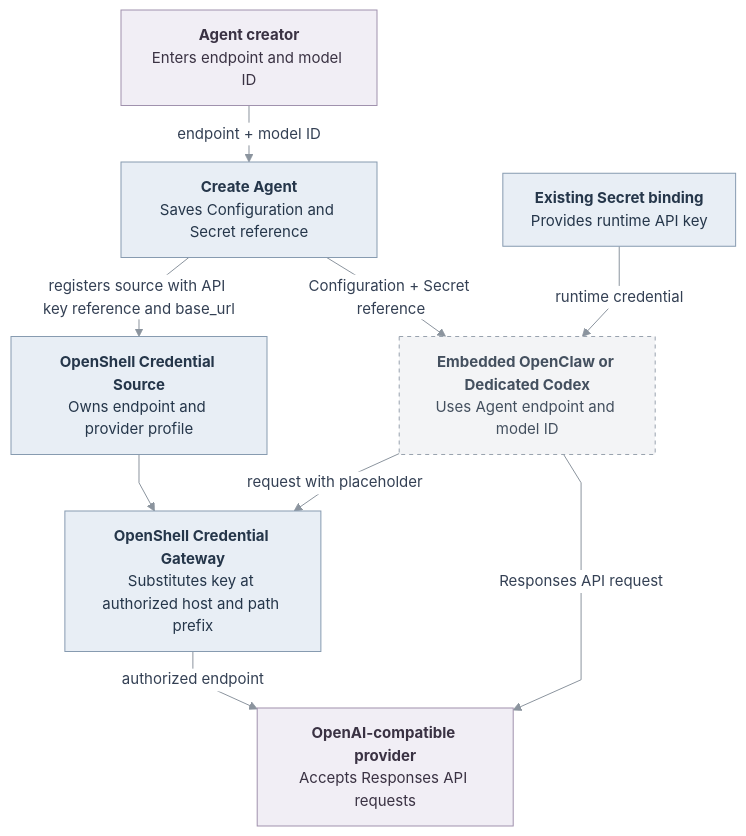
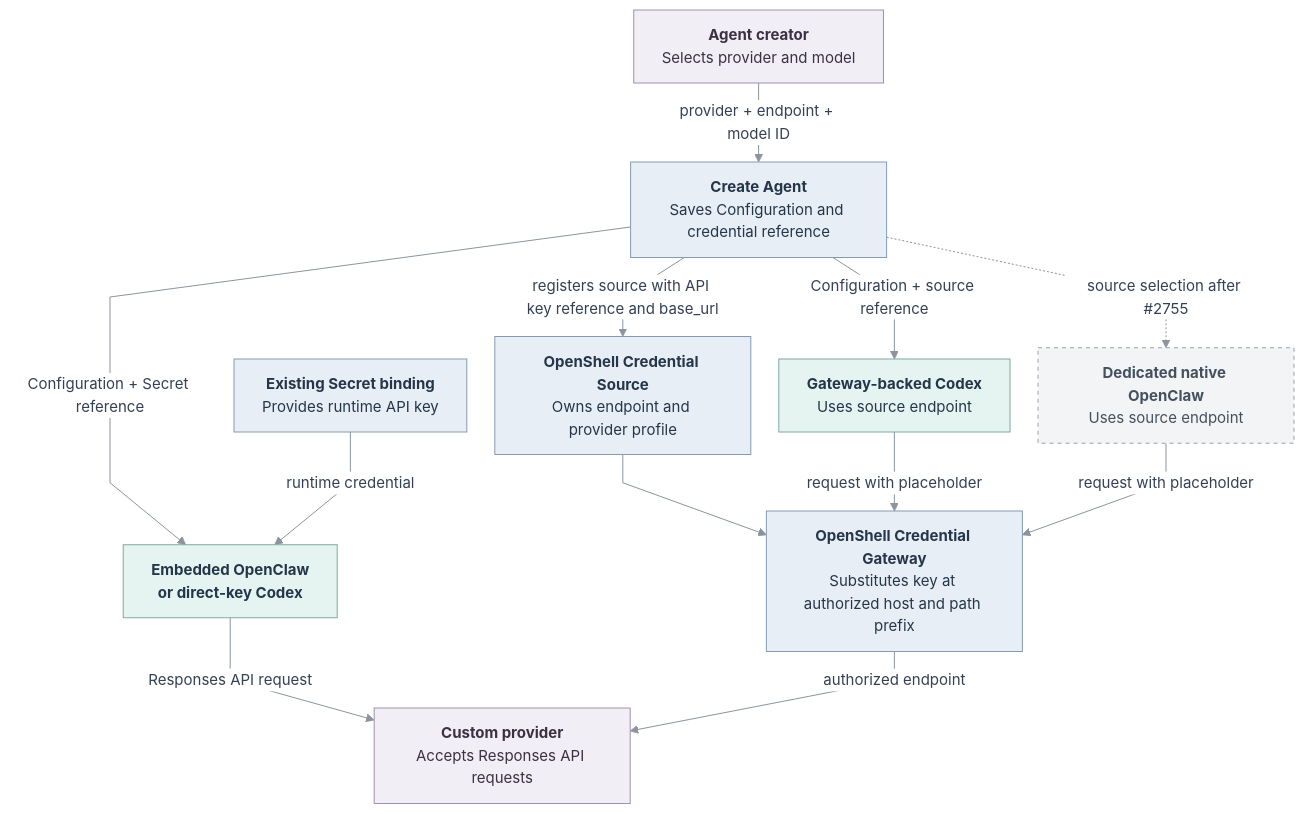
The diagram in specs/rfcs/0024-openai-compatible-model-endpoints.md (cooktheryan/openclaw-enterprise), drawn with Mermaid before and after one commit. The commit also changed other lines of this file and 2 other files, not shown here.

Commit message:
docs(rfc): separate custom Responses providers

````diff
--- a/specs/rfcs/0024-openai-compatible-model-endpoints.md
+++ b/specs/rfcs/0024-openai-compatible-model-endpoints.md
@@ -100,40 +102,47 @@
 ```mermaid
 ---
 config:
   theme: base
   htmlLabels: true
   themeVariables:
     fontSize: 15px
     primaryTextColor: "#344054"
     lineColor: "#8B949E"
     edgeLabelBackground: "#FFFFFF"
   flowchart:
     curve: linear
     nodeSpacing: 28
     rankSpacing: 34
     padding: 14
 ---
 flowchart TB
-  User["<b>Agent creator</b><br/>Enters endpoint and model ID"]
-  Console["<b>Create Agent</b><br/>Saves Configuration and Secret reference"]
-  Runtime["<b>Embedded OpenClaw or Dedicated Codex</b><br/>Uses Agent endpoint and model ID"]
+  User["<b>Agent creator</b><br/>Selects provider and model"]
+  Console["<b>Create Agent</b><br/>Saves Configuration and credential reference"]
+  DirectRuntime["<b>Embedded OpenClaw<br/>or direct-key Codex</b>"]
+  GatewayCodex["<b>Gateway-backed Codex</b><br/>Uses source endpoint"]
+  NativeRuntime["<b>Dedicated native OpenClaw</b><br/>Uses source endpoint"]
   Secret["<b>Existing Secret binding</b><br/>Provides runtime API key"]
   Source["<b>OpenShell Credential Source</b><br/>Owns endpoint and provider profile"]
   Gateway["<b>OpenShell Credential Gateway</b><br/>Substitutes key at authorized host and path prefix"]
-  Provider["<b>OpenAI-compatible provider</b><br/>Accepts Responses API requests"]
-  User -->|endpoint + model ID| Console
-  Console -->|Configuration + Secret reference| Runtime
-  Secret -->|runtime credential| Runtime
-  Runtime -->|Responses API request| Provider
+  Provider["<b>Custom provider</b><br/>Accepts Responses API requests"]
+  User -->|provider + endpoint + model ID| Console
+  Console -->|Configuration + Secret reference| DirectRuntime
+  Console -->|Configuration + source reference| GatewayCodex
+  Console -.->|source selection after #2755| NativeRuntime
+  Secret -->|runtime credential| DirectRuntime
   Console -->|registers source with API key reference and base_url| Source
   Source --> Gateway
-  Runtime -->|request with placeholder| Gateway
+  GatewayCodex -->|request with placeholder| Gateway
+  NativeRuntime -->|request with placeholder| Gateway
+  DirectRuntime -->|Responses API request| Provider
   Gateway -->|authorized endpoint| Provider
   classDef actor fill:#F1EEF5,stroke:#A091AD,color:#3A3243,stroke-width:1px
   classDef owner fill:#E8EEF5,stroke:#879BB0,color:#25364A,stroke-width:1px
+  classDef runtime fill:#E6F4F1,stroke:#7FA8A0,color:#25364A,stroke-width:1px
   classDef pending fill:#F3F4F6,stroke:#98A2AE,color:#44505F,stroke-width:1px,stroke-dasharray:4 4
   class User,Provider actor
   class Console,Secret,Source,Gateway owner
-  class Runtime pending
+  class DirectRuntime,GatewayCodex runtime
+  class NativeRuntime pending
   linkStyle default stroke:#8B949E,stroke-width:1px
 ```
````
